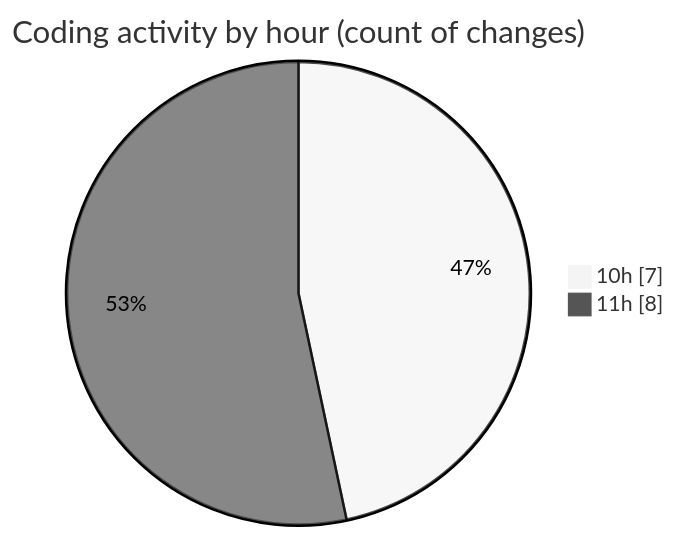
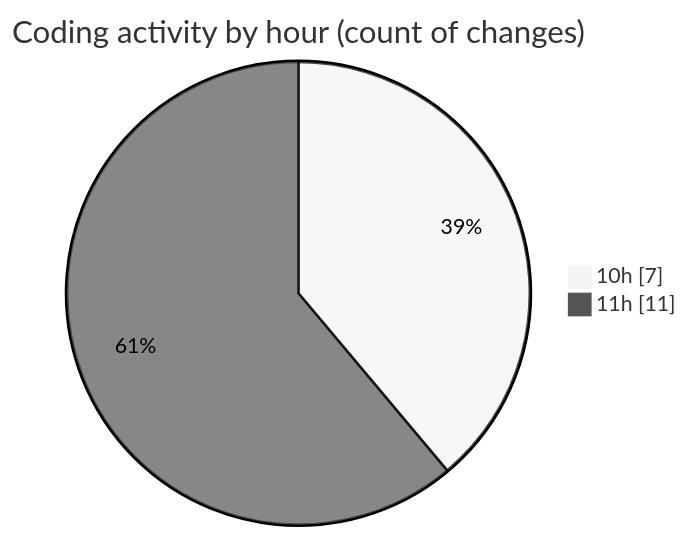
Before and after one commit to igalym/code-tracking: the second of 2 diagrams in 2026-03-31/cinema/README.md, drawn with Mermaid (neutral theme). The commit also changed other lines of this file and 1 other file, not shown here.

````diff
--- a/2026-03-31/cinema/README.md
+++ b/2026-03-31/cinema/README.md
@@ -36,6 +37,6 @@
 ```mermaid
 pie showData
 title Coding activity by hour (count of changes)
 "10h" : 7
-"11h" : 8
+"11h" : 11
 ```
````
